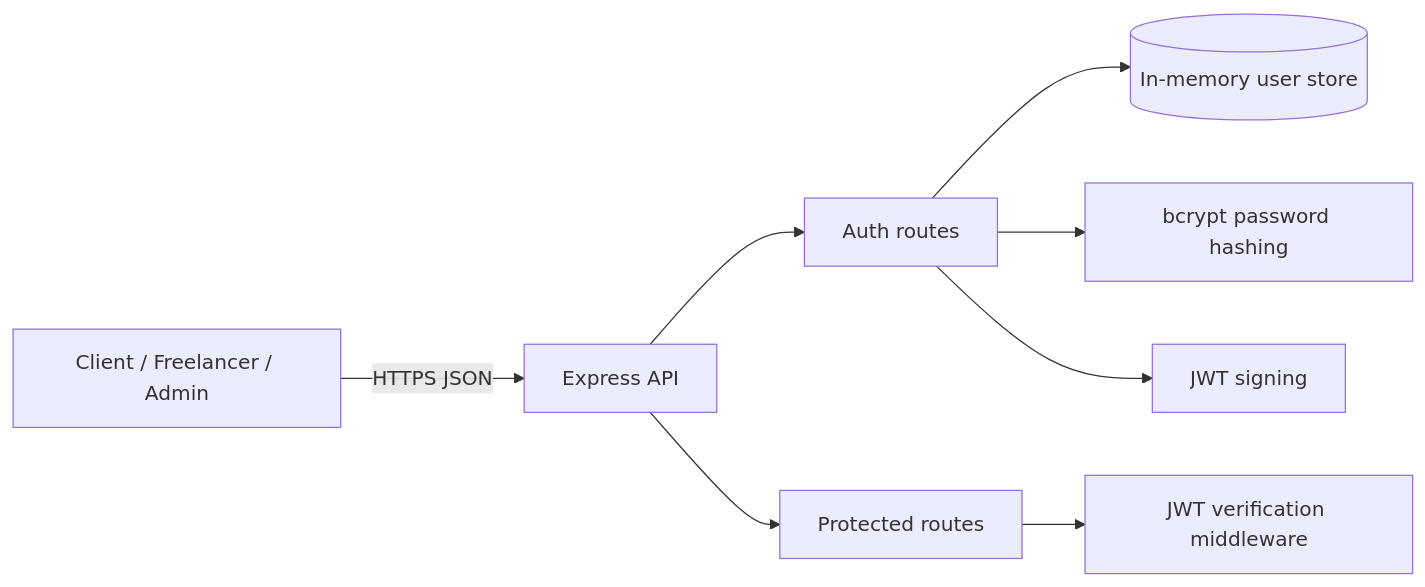
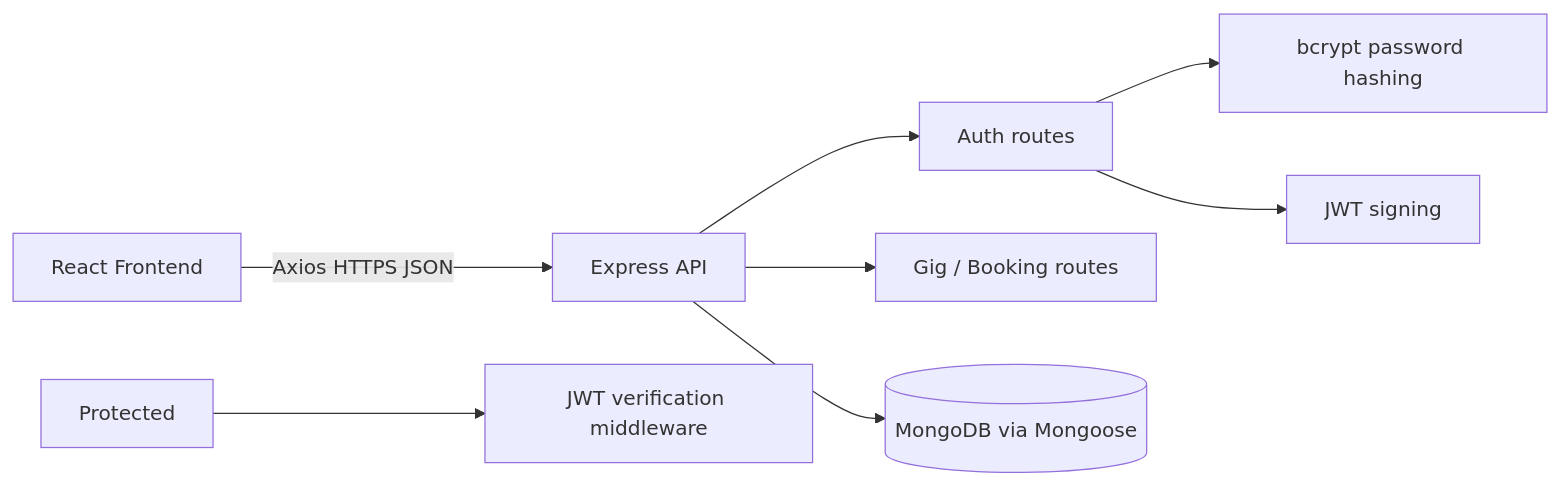
One commit to Modies20/INSY7314POE- changed the diagram in README.md. Above: the diagram before and after it, drawn with Mermaid. The commit also changed other lines of this file and 32 other files, not shown here.

````diff
--- a/README.md
+++ b/README.md
@@ -9,10 +9,10 @@
 ```mermaid
 flowchart LR
-  Client[Client / Freelancer / Admin] -->|HTTPS JSON| API[Express API]
+  Client[React Frontend] -->|Axios HTTPS JSON| API[Express API]
   API --> Auth[Auth routes]
-  API --> Protected[Protected routes]
-  Auth --> Store[(In-memory user store)]
+  API --> Marketplace[Gig / Booking routes]
+  API --> Store[(MongoDB via Mongoose)]
   Auth --> Hash[bcrypt password hashing]
   Auth --> Token[JWT signing]
   Protected --> Verify[JWT verification middleware]
 ```
````
